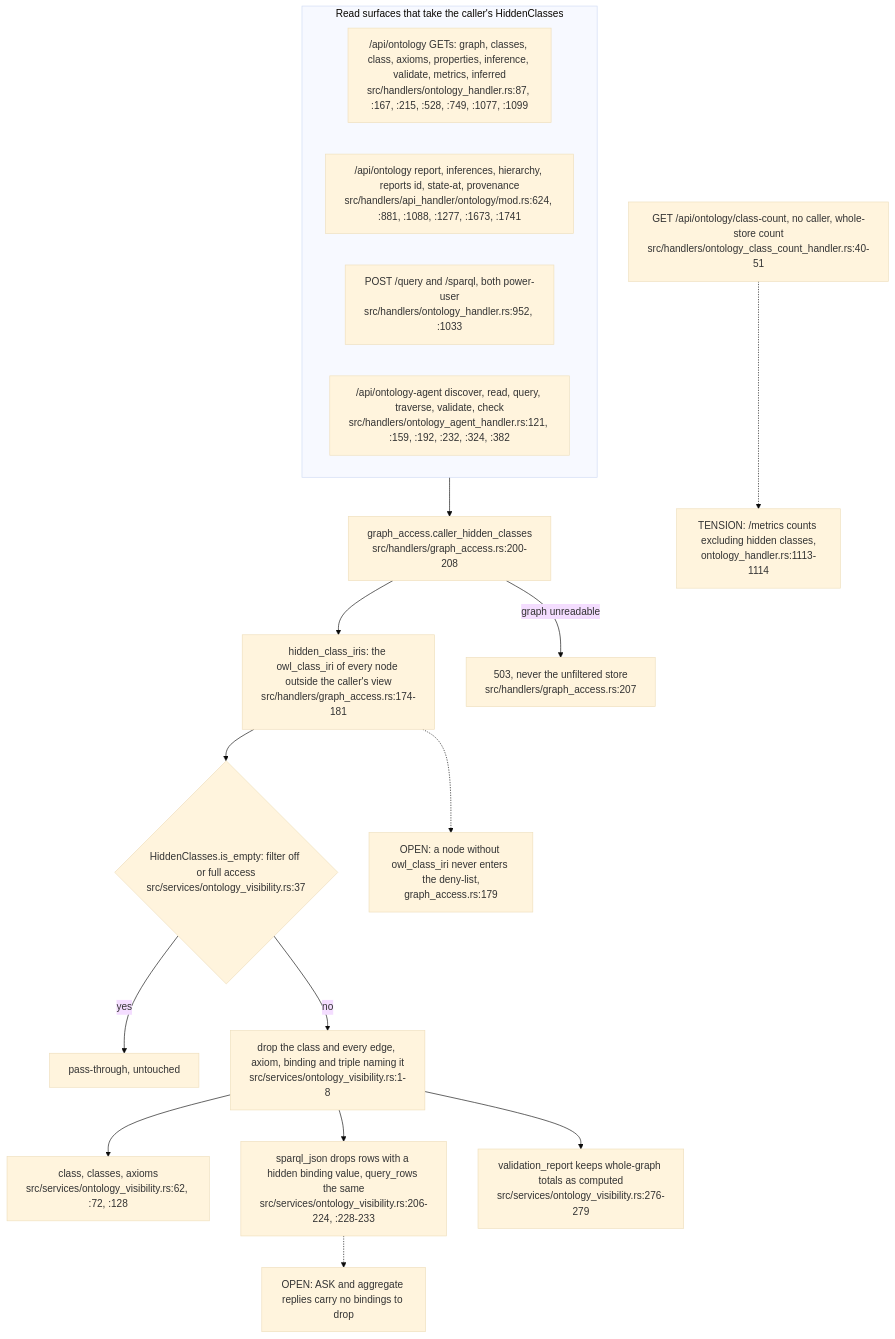
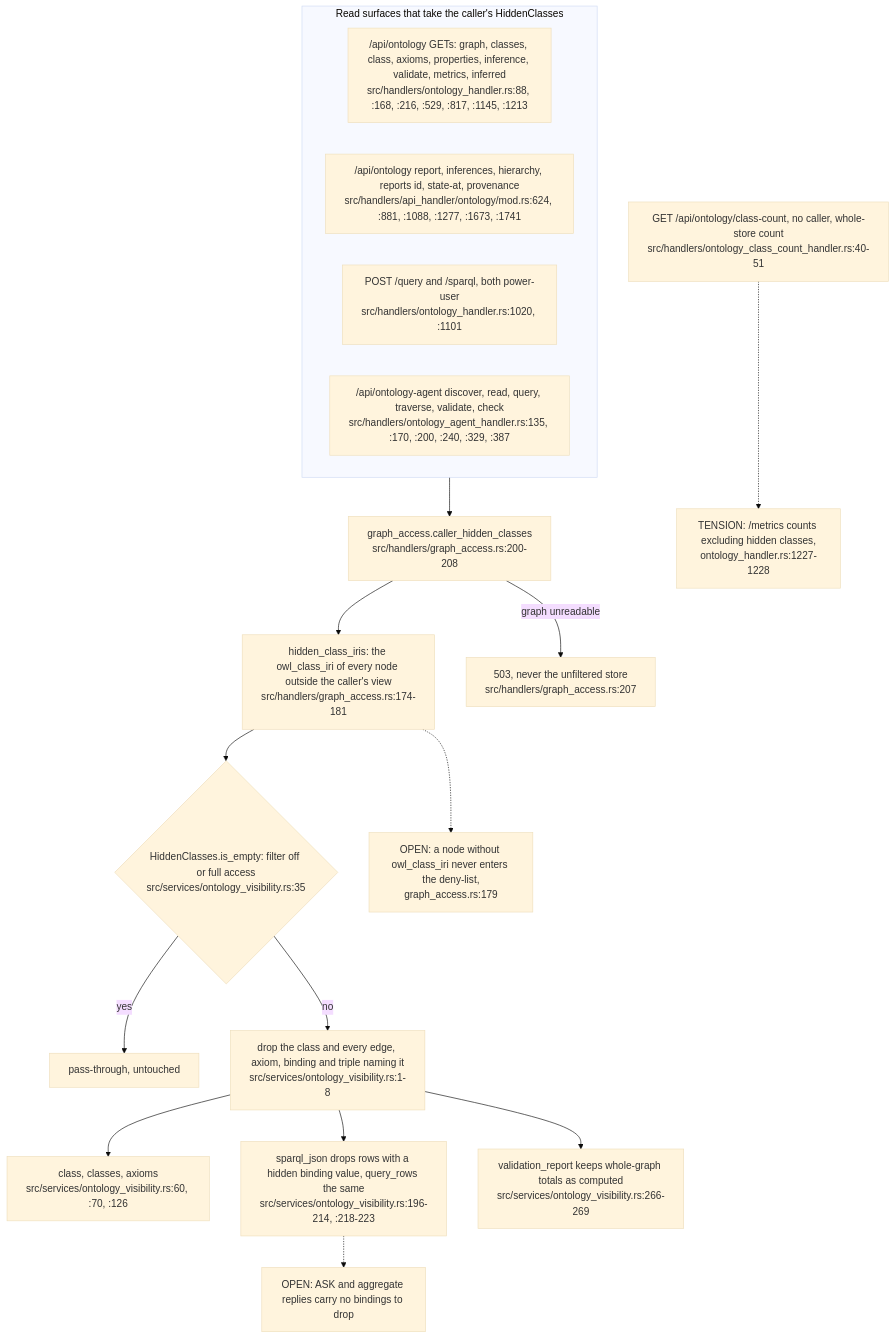
One commit to DreamLab-AI/VisionFlow changed diagram 12 of 12 in docs/diagrams/visionclaw/20-ontology-pipeline-oxigraph-whelk.md. Above: the diagram before and after it, drawn with Mermaid (base theme). The commit also changed other lines of this file and 49 other files, not shown here.

First line of the commit message:
docs(diagrams): re-derive and re-stamp VisionClaw, estate, knowledge-graph, visionGraph, VisionFlow and sidestr topics

````diff
--- a/docs/diagrams/visionclaw/20-ontology-pipeline-oxigraph-whelk.md
+++ b/docs/diagrams/visionclaw/20-ontology-pipeline-oxigraph-whelk.md
@@ -452,21 +452,21 @@
 ```mermaid
 flowchart TB
     subgraph ROUTES["Read surfaces that take the caller's HiddenClasses"]
-        OR["/api/ontology GETs: graph, classes, class, axioms, properties, inference, validate, metrics, inferred<br/>src/handlers/ontology_handler.rs:87, :167, :215, :528, :749, :1077, :1099"]
+        OR["/api/ontology GETs: graph, classes, class, axioms, properties, inference, validate, metrics, inferred<br/>src/handlers/ontology_handler.rs:88, :168, :216, :529, :817, :1145, :1213"]
         OM["/api/ontology report, inferences, hierarchy, reports id, state-at, provenance<br/>src/handlers/api_handler/ontology/mod.rs:624, :881, :1088, :1277, :1673, :1741"]
-        SQ["POST /query and /sparql, both power-user<br/>src/handlers/ontology_handler.rs:952, :1033"]
-        AG["/api/ontology-agent discover, read, query, traverse, validate, check<br/>src/handlers/ontology_agent_handler.rs:121, :159, :192, :232, :324, :382"]
+        SQ["POST /query and /sparql, both power-user<br/>src/handlers/ontology_handler.rs:1020, :1101"]
+        AG["/api/ontology-agent discover, read, query, traverse, validate, check<br/>src/handlers/ontology_agent_handler.rs:135, :170, :200, :240, :329, :387"]
     end
     ROUTES --> CH["graph_access.caller_hidden_classes<br/>src/handlers/graph_access.rs:200-208"]
     CH --> HC["hidden_class_iris: the owl_class_iri of every node outside the caller's view<br/>src/handlers/graph_access.rs:174-181"]
     CH -->|"graph unreadable"| F503["503, never the unfiltered store<br/>src/handlers/graph_access.rs:207"]
-    HC --> EMPTY{"HiddenClasses.is_empty: filter off or full access<br/>src/services/ontology_visibility.rs:37"}
+    HC --> EMPTY{"HiddenClasses.is_empty: filter off or full access<br/>src/services/ontology_visibility.rs:35"}
     EMPTY -->|"yes"| PASS["pass-through, untouched"]
     EMPTY -->|"no"| SCRUB["drop the class and every edge, axiom, binding and triple naming it<br/>src/services/ontology_visibility.rs:1-8"]
-    SCRUB --> S1["class, classes, axioms<br/>src/services/ontology_visibility.rs:62, :72, :128"]
-    SCRUB --> S2["sparql_json drops rows with a hidden binding value, query_rows the same<br/>src/services/ontology_visibility.rs:206-224, :228-233"]
-    SCRUB --> S3["validation_report keeps whole-graph totals as computed<br/>src/services/ontology_visibility.rs:276-279"]
+    SCRUB --> S1["class, classes, axioms<br/>src/services/ontology_visibility.rs:60, :70, :126"]
+    SCRUB --> S2["sparql_json drops rows with a hidden binding value, query_rows the same<br/>src/services/ontology_visibility.rs:196-214, :218-223"]
+    SCRUB --> S3["validation_report keeps whole-graph totals as computed<br/>src/services/ontology_visibility.rs:266-269"]
     S2 -.-> R1["OPEN: ASK and aggregate replies carry no bindings to drop"]
     HC -.-> R2["OPEN: a node without owl_class_iri never enters the deny-list,<br/>graph_access.rs:179"]
-    CC["GET /api/ontology/class-count, no caller, whole-store count<br/>src/handlers/ontology_class_count_handler.rs:40-51"] -.-> R3["TENSION: /metrics counts excluding hidden classes,<br/>ontology_handler.rs:1113-1114"]
+    CC["GET /api/ontology/class-count, no caller, whole-store count<br/>src/handlers/ontology_class_count_handler.rs:40-51"] -.-> R3["TENSION: /metrics counts excluding hidden classes,<br/>ontology_handler.rs:1227-1228"]
 ```
````
